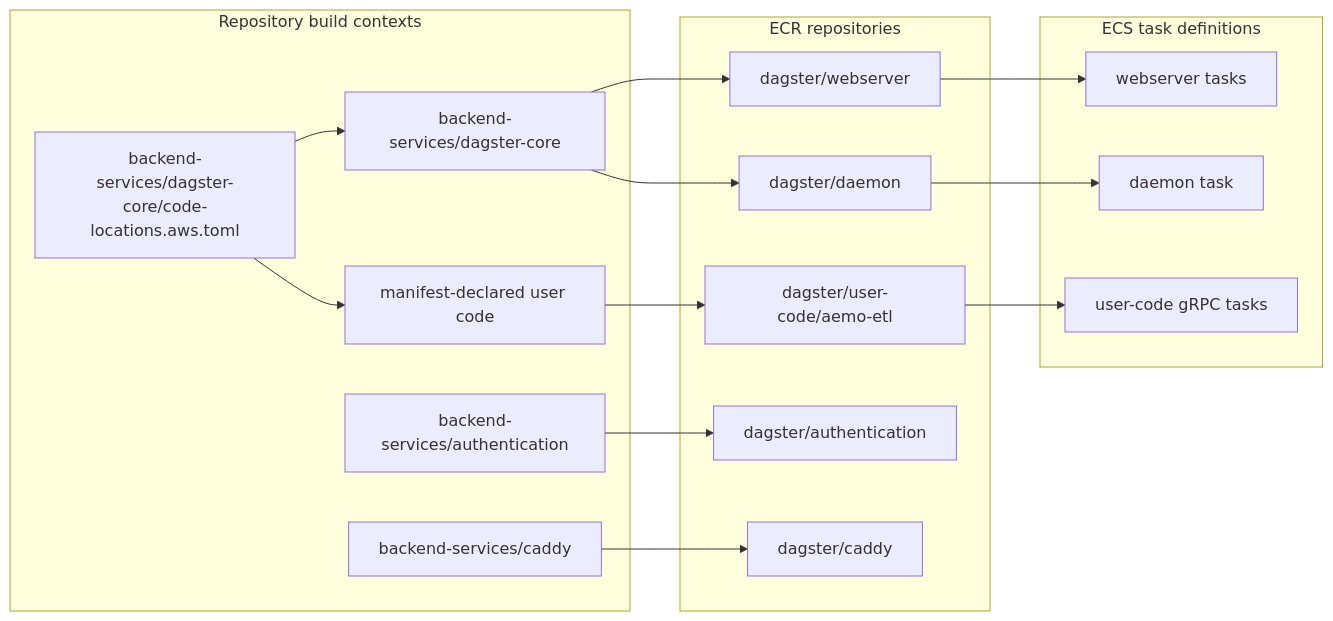
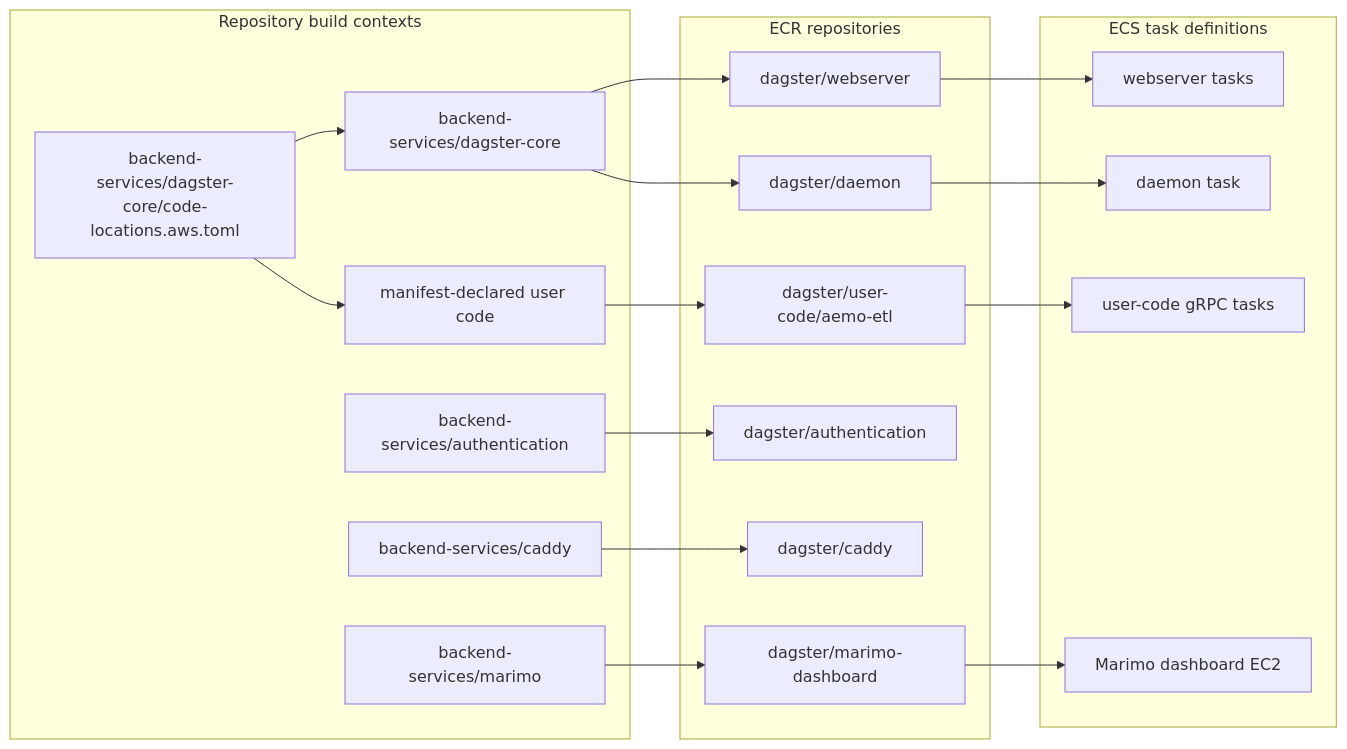
One commit to Chr1sC0de/energy-market-delta-lake changed the first of 2 diagrams in infrastructure/aws-pulumi/docs/runtime.md. Above: the diagram before and after it, drawn with Mermaid. The commit also changed other lines of this file and 44 other files, not shown here.

Commit message:
Deploy Marimo dashboard on AWS

````diff
--- a/infrastructure/aws-pulumi/docs/runtime.md
+++ b/infrastructure/aws-pulumi/docs/runtime.md
@@ -28,35 +29,40 @@
 ```mermaid
 flowchart LR
     subgraph Repo[Repository build contexts]
         CORE[backend-services/dagster-core]
         MANIFEST[backend-services/dagster-core/code-locations.aws.toml]
         USERCODE[manifest-declared user code]
         AUTH[backend-services/authentication]
         CADDY[backend-services/caddy]
+        MARIMO[backend-services/marimo]
     end
 
     subgraph ECR[ECR repositories]
         WEBREPO[dagster/webserver]
         DAEMONREPO[dagster/daemon]
         USERREPO[dagster/user-code/aemo-etl]
         AUTHREPO[dagster/authentication]
         CADDYREPO[dagster/caddy]
+        MARIMOREPO[dagster/marimo-dashboard]
     end
 
     subgraph ECS[ECS task definitions]
         WEBTASK[webserver tasks]
         DAEMONTASK[daemon task]
         USERTASK[user-code gRPC tasks]
+        MARIMOHOST[Marimo dashboard EC2]
     end
 
     MANIFEST --> CORE
     MANIFEST --> USERCODE
     CORE --> WEBREPO
     CORE --> DAEMONREPO
     USERCODE --> USERREPO
     AUTH --> AUTHREPO
     CADDY --> CADDYREPO
+    MARIMO --> MARIMOREPO
     WEBREPO --> WEBTASK
     DAEMONREPO --> DAEMONTASK
     USERREPO --> USERTASK
+    MARIMOREPO --> MARIMOHOST
 ```
````
